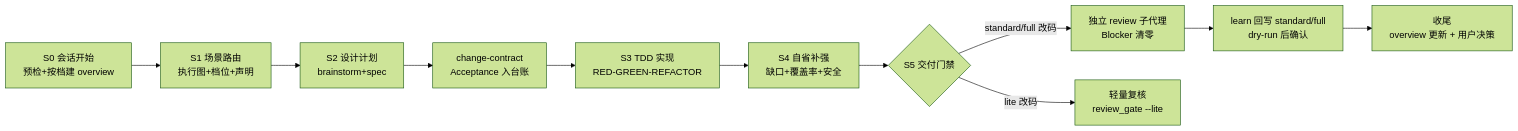
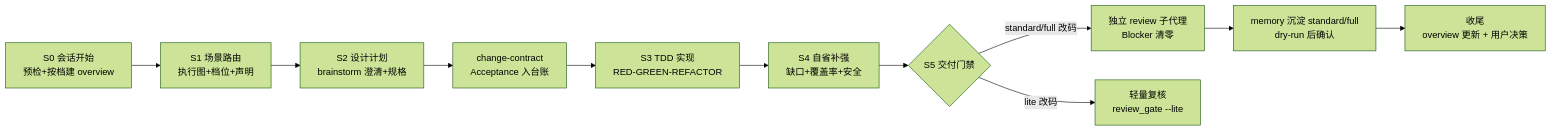
One commit to sao-lang/skills changed the diagram in README.md. Above: the diagram before and after it, drawn with Mermaid (forest theme). The commit also changed other lines of this file, not shown here.

Commit message:
docs(readme): 同步器官合并后的结构（13→11 器官、脚本收敛、conductor-memory/conductor-sync）

````diff
--- a/README.md
+++ b/README.md
@@ -38,13 +38,13 @@
 ```mermaid
 flowchart LR
     A[S0 会话开始<br/>预检+按档建 overview] --> B[S1 场景路由<br/>执行图+档位+声明]
-    B --> C[S2 设计计划<br/>brainstorm+spec]
+    B --> C[S2 设计计划<br/>brainstorm 澄清+规格]
     C --> C2[change-contract<br/>Acceptance 入台账]
     C2 --> D[S3 TDD 实现<br/>RED-GREEN-REFACTOR]
     D --> E[S4 自省补强<br/>缺口+覆盖率+安全]
     E --> F{S5 交付门禁}
     F -->|standard/full 改码| G[独立 review 子代理<br/>Blocker 清零]
     F -->|lite 改码| L[轻量复核<br/>review_gate --lite]
-    G --> LE[learn 回写 standard/full<br/>dry-run 后确认]
+    G --> LE[memory 沉淀 standard/full<br/>dry-run 后确认]
     LE --> H[收尾<br/>overview 更新 + 用户决策]
 ```
````
